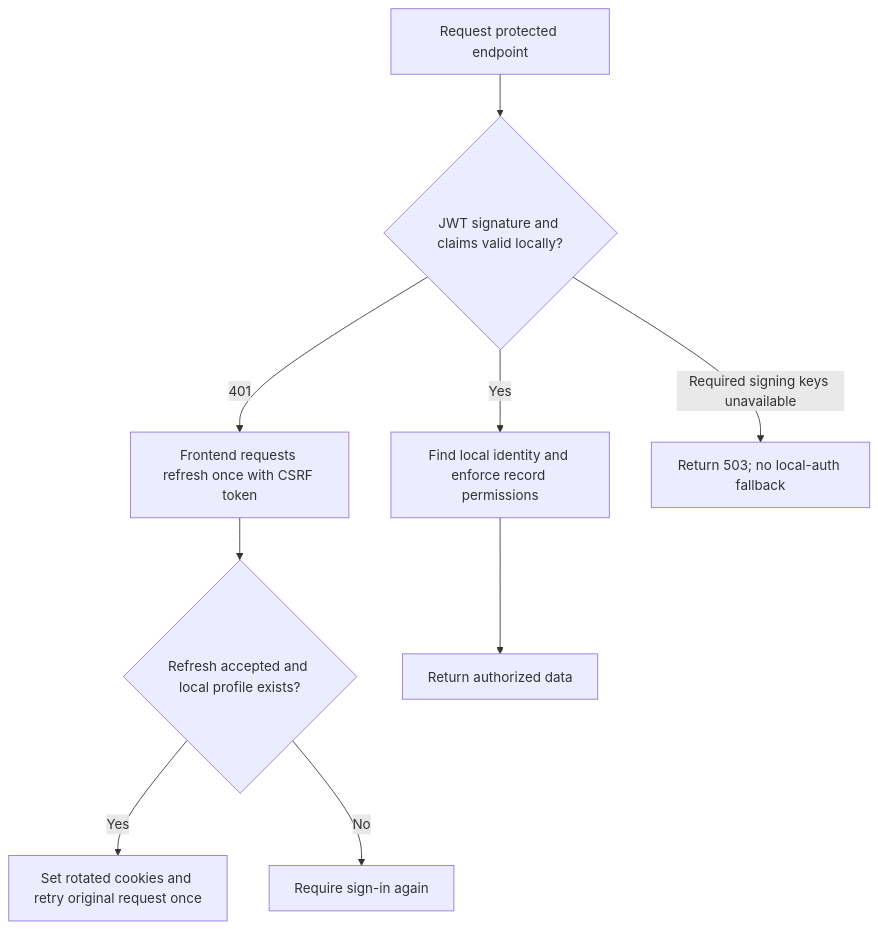
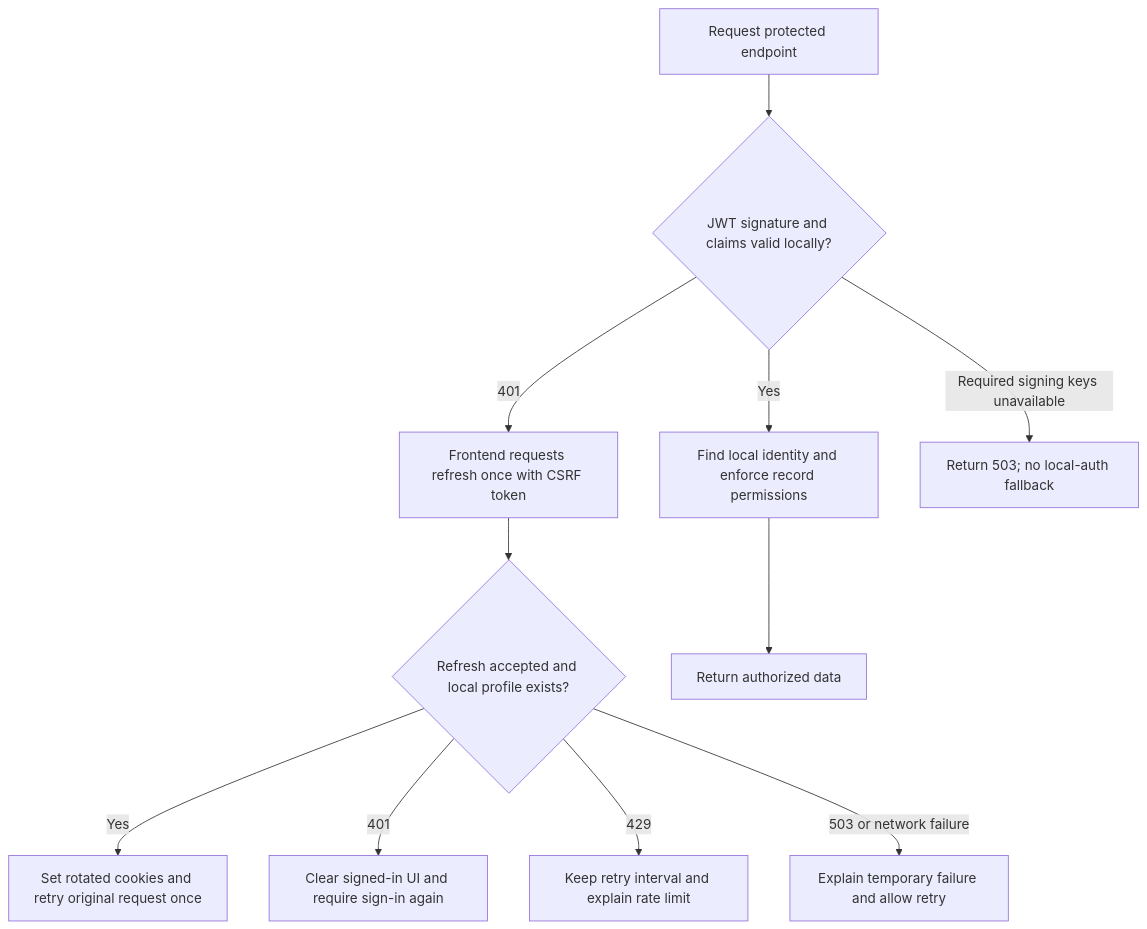
One commit to gopikrishnagajam/udhaar changed the third of 4 diagrams in docs/supabase-implementation.md. Above: the diagram before and after it, drawn with Mermaid. The commit also changed other lines of this file and 35 other files, not shown here.

````diff
--- a/docs/supabase-implementation.md
+++ b/docs/supabase-implementation.md
@@ -162,11 +164,13 @@
 ```mermaid
 flowchart TD
     A[Request protected endpoint] --> B{JWT signature and claims valid locally?}
     B -->|Yes| C[Find local identity and enforce record permissions]
     B -->|401| D[Frontend requests refresh once with CSRF token]
     D --> E{Refresh accepted and local profile exists?}
     E -->|Yes| F[Set rotated cookies and retry original request once]
-    E -->|No| G[Require sign-in again]
+    E -->|401| G[Clear signed-in UI and require sign-in again]
+    E -->|429| J[Keep retry interval and explain rate limit]
+    E -->|503 or network failure| K[Explain temporary failure and allow retry]
     B -->|Required signing keys unavailable| H[Return 503; no local-auth fallback]
     C --> I[Return authorized data]
 ```
````
